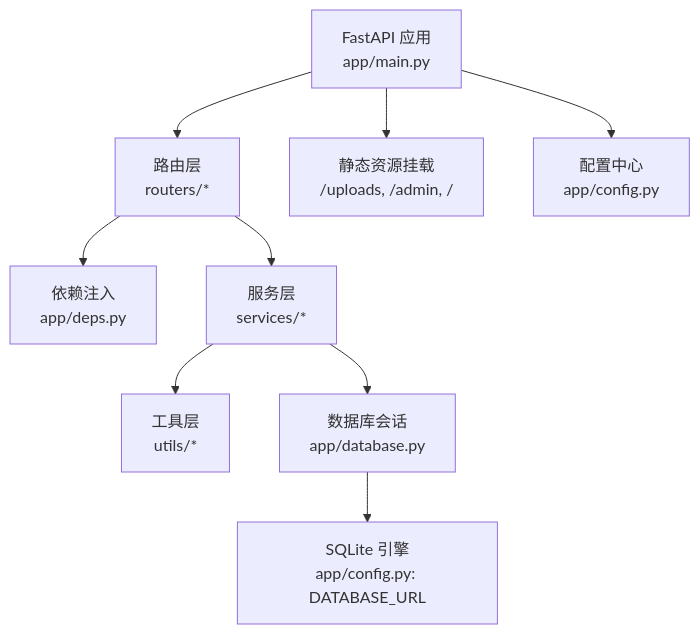
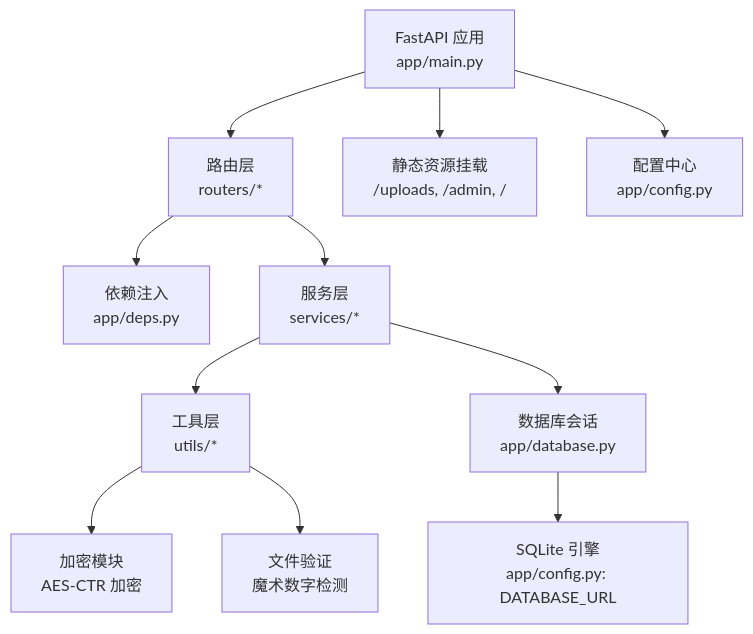
Before and after one commit to onebody/homework: the first of 6 diagrams in .qoder/repowiki/zh/content/安全与认证机制/数据安全保护.md, drawn with Mermaid. The commit also changed other lines of this file and 14 other files, not shown here.

````diff
--- a/.qoder/repowiki/zh/content/安全与认证机制/数据安全保护.md
+++ b/.qoder/repowiki/zh/content/安全与认证机制/数据安全保护.md
@@ -50,11 +59,13 @@
 ```mermaid
 graph TB
 A["FastAPI 应用<br/>app/main.py"] --> B["路由层<br/>routers/*"]
 A --> C["静态资源挂载<br/>/uploads, /admin, /"]
 B --> D["依赖注入<br/>app/deps.py"]
 B --> E["服务层<br/>services/*"]
 E --> F["工具层<br/>utils/*"]
 E --> G["数据库会话<br/>app/database.py"]
 G --> H["SQLite 引擎<br/>app/config.py: DATABASE_URL"]
 A --> I["配置中心<br/>app/config.py"]
+F --> J["加密模块<br/>AES-CTR 加密"]
+F --> K["文件验证<br/>魔术数字检测"]
 ```
````
